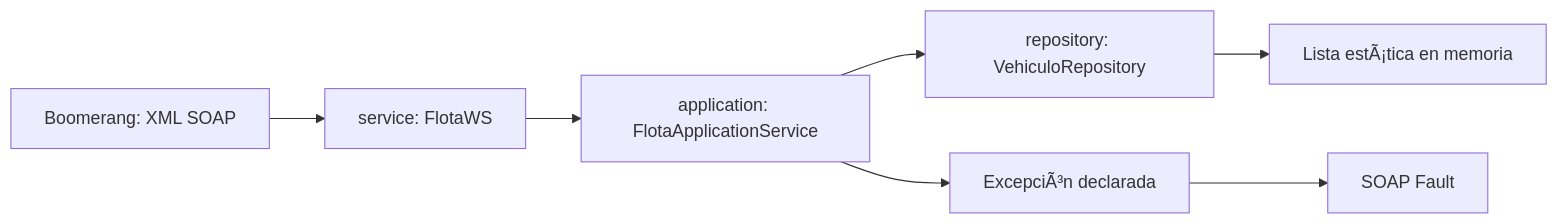
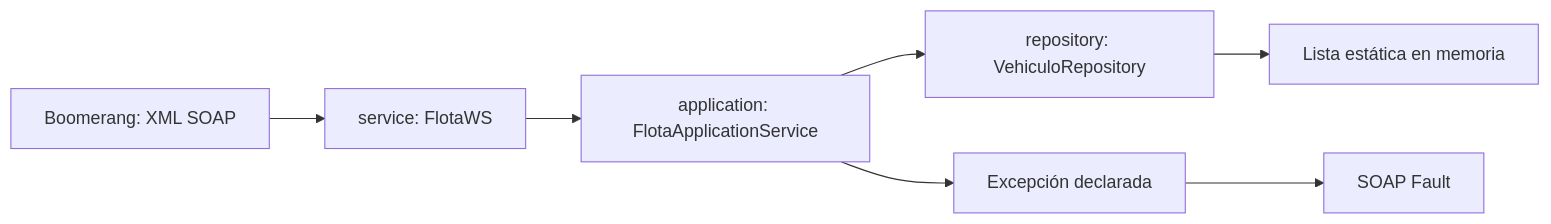
One commit to Esgard1101/taller-soap-flota changed the diagram in docs/01_ARQUITECTURA_Y_LARAVEL.md. Above: the diagram before and after it, drawn with Mermaid. The commit also changed other lines of this file and 6 other files, not shown here.

````diff
--- a/docs/01_ARQUITECTURA_Y_LARAVEL.md
+++ b/docs/01_ARQUITECTURA_Y_LARAVEL.md
@@ -29,9 +29,9 @@
 ```mermaid
 flowchart LR
     B[Boomerang: XML SOAP] --> W[service: FlotaWS]
     W --> A[application: FlotaApplicationService]
     A --> R[repository: VehiculoRepository]
-    R --> M[Lista estÃ¡tica en memoria]
-    A --> F[ExcepciÃ³n declarada]
+    R --> M[Lista estática en memoria]
+    A --> F[Excepción declarada]
     F --> X[SOAP Fault]
 ```
````
